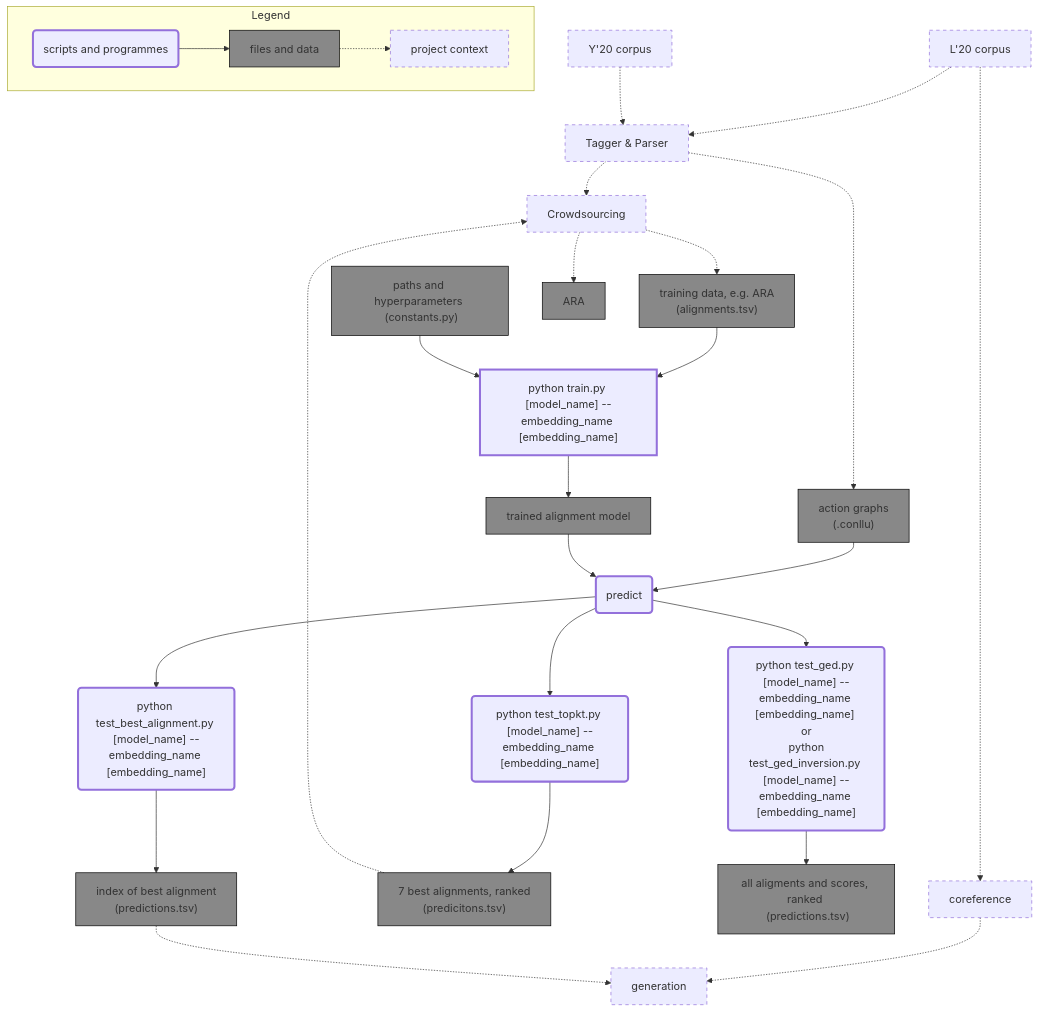
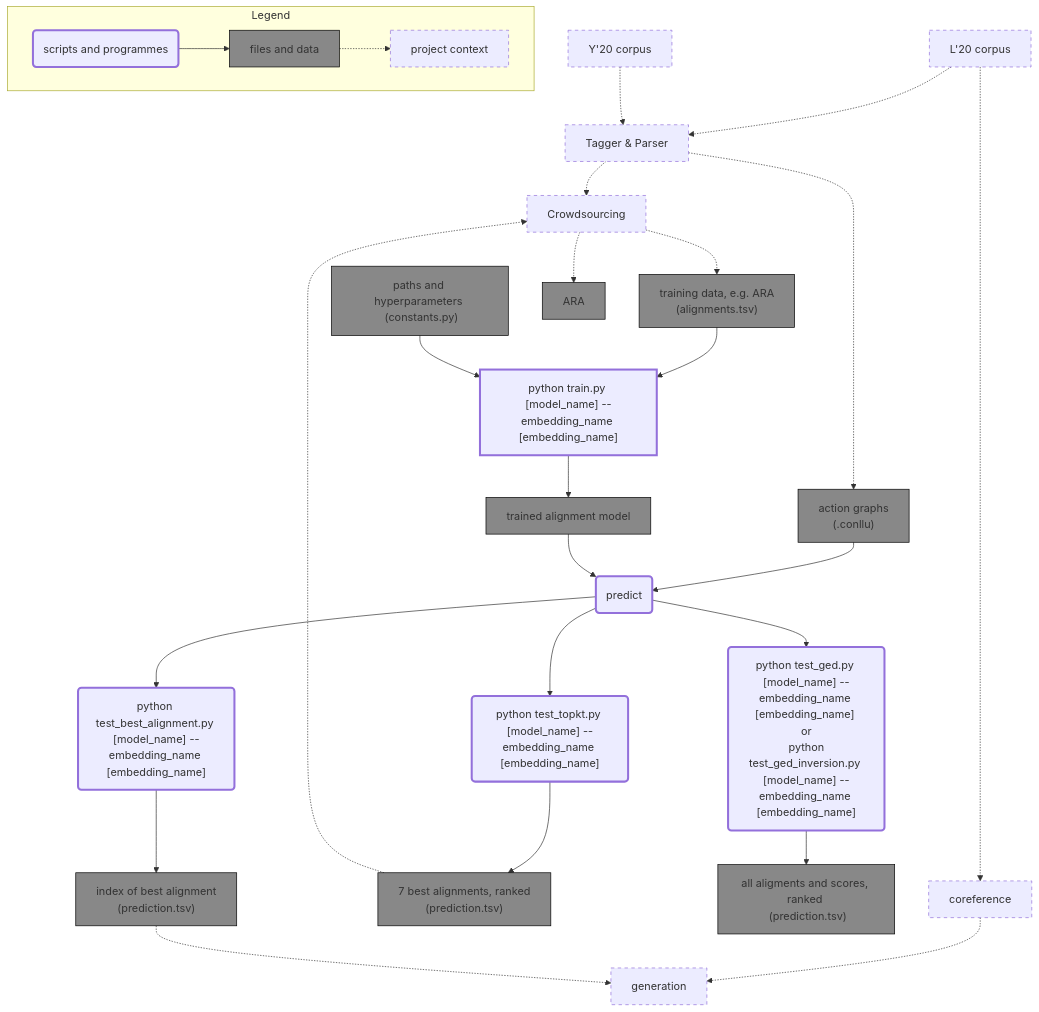
Before and after one commit to interactive-cookbook/alignment-models: the diagram in README.md, drawn with Mermaid.

Commit message:
Update README.md
fixed typo

````diff
--- a/README.md
+++ b/README.md
@@ -28,47 +28,47 @@
 ```mermaid
 
 graph TB;
     %% alignment model flow chart
     corpus[L'20 corpus] -.-> tp[Tagger & Parser];
     tp -.-> crowd[Crowdsourcing];
     tp -.-> input;
 
     tdata["training data, e.g. ARA <br> (alignments.tsv)"] --> train;
     train["python train.py [model_name] --embedding_name [embedding_name]"] --> trained[trained alignment model];
     constants["paths and hyperparameters <br> (constants.py)"] --> train;
     predict(predict) --> predictbest & predicttopk & predictged;
     input["action graphs <br> (.conllu)"] --> predict;
     trained --> predict;
-    predictbest("python test_best_alignment.py [model_name] --embedding_name [embedding_name]") --> best["index of best alignment <br> (predictions.tsv)"];
-    predicttopk("python test_topkt.py [model_name] --embedding_name [embedding_name]") --> topk["7 best alignments, ranked <br> (predicitons.tsv)"];
-    predictged("python test_ged.py [model_name] --embedding_name [embedding_name] <br> or <br> python test_ged_inversion.py [model_name] --embedding_name [embedding_name]") --> ged["all aligments and scores, ranked <br> (predictions.tsv)"];
+    predictbest("python test_best_alignment.py [model_name] --embedding_name [embedding_name]") --> best["index of best alignment <br> (prediction.tsv)"];
+    predicttopk("python test_topkt.py [model_name] --embedding_name [embedding_name]") --> topk["7 best alignments, ranked <br> (prediction.tsv)"];
+    predictged("python test_ged.py [model_name] --embedding_name [embedding_name] <br> or <br> python test_ged_inversion.py [model_name] --embedding_name [embedding_name]") --> ged["all aligments and scores, ranked <br> (prediction.tsv)"];
     
 
     crowd -.-> tdata;
     topk -.-> crowd;
     crowd -.-> ARA;
     corpus -.-> coreference;
     yama[Y'20 corpus] -.-> tp;
     coreference -.-> generation;
     best -.-> generation;
 
     subgraph Legend;
         direction LR;
         script(scripts and programmes) -->files;
         files[files and data] -.-> context;
         context[project context];
     end
 
     %% style for scripts and programmes
     classDef scriptClass stroke-width:3px;
     class script,predict,train,predictbest,predicttopk,predictged scriptClass;
 
     %% style for files and data
     classDef filesClass fill:#888,stroke:#000;
     class input,tdata,topk,ARA,files,best,ged,trained,constants filesClass;
 
     %% style context from other repos
     classDef contextClass stroke-width:1px,stroke-dasharray: 5 5;
     class corpus,coreference,generation,yama,crowd,tp,context contextClass; 
 
 ```
````
